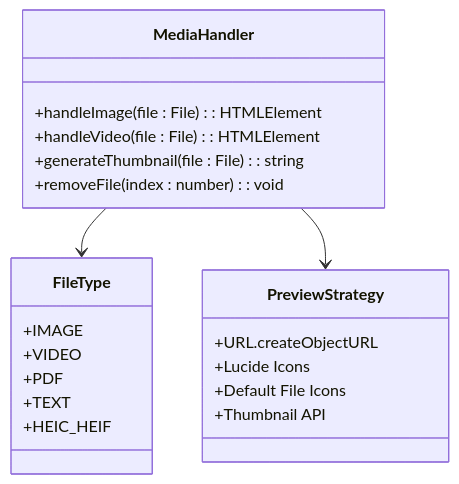
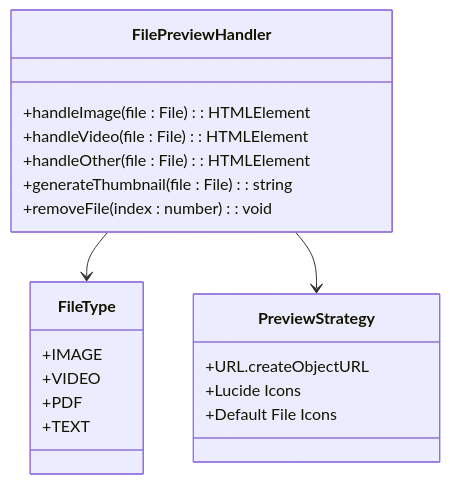
The fourth of 8 diagrams in .qoder/repowiki/zh/content/AttachmentZone 附件上传组件.md (CubeEdge/Longhorn), drawn with Mermaid before and after one commit. The commit also changed other lines of this file and 118 other files, not shown here.

````diff
--- a/.qoder/repowiki/zh/content/AttachmentZone 附件上传组件.md
+++ b/.qoder/repowiki/zh/content/AttachmentZone 附件上传组件.md
@@ -167,24 +166,23 @@
 ```mermaid
 classDiagram
-class MediaHandler {
+class FilePreviewHandler {
 +handleImage(file : File) : HTMLElement
 +handleVideo(file : File) : HTMLElement
++handleOther(file : File) : HTMLElement
 +generateThumbnail(file : File) : string
 +removeFile(index : number) : void
 }
 class FileType {
 +IMAGE
 +VIDEO
 +PDF
 +TEXT
-+HEIC_HEIF
 }
 class PreviewStrategy {
 +URL.createObjectURL
 +Lucide Icons
 +Default File Icons
-+Thumbnail API
 }
-MediaHandler --> FileType
-MediaHandler --> PreviewStrategy
+FilePreviewHandler --> FileType
+FilePreviewHandler --> PreviewStrategy
 ```
````
